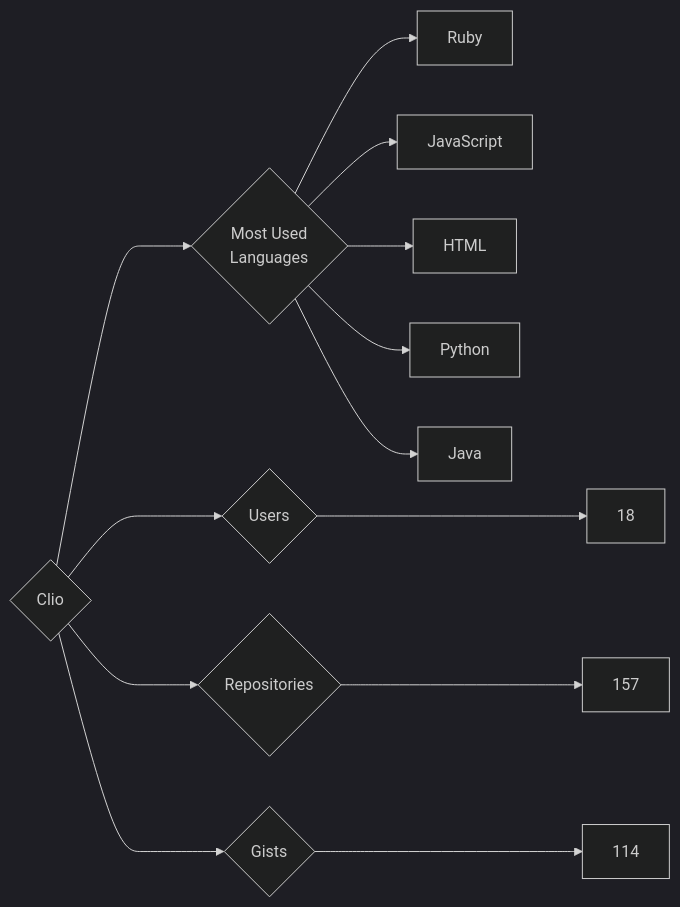
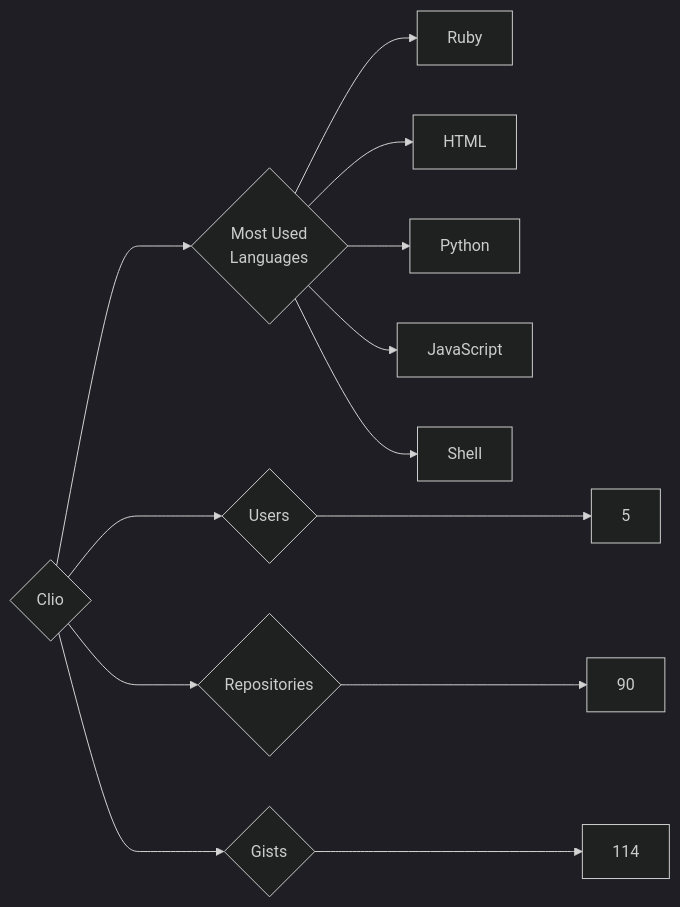
Before and after one commit to trickest/insiders: the diagram in targets/Clio/README.md, drawn with Mermaid (dark theme). The commit also changed 736 other files, not shown here.

````diff
--- a/targets/Clio/README.md
+++ b/targets/Clio/README.md
@@ -3,13 +3,13 @@
 ```mermaid
 graph LR
 COMPANY_NAME{Clio}
-COMPANY_NAME ---> U{Users} ---> UN[18]
-COMPANY_NAME ---> R{Repositories} ---> RN[157]
+COMPANY_NAME ---> U{Users} ---> UN[5]
+COMPANY_NAME ---> R{Repositories} ---> RN[90]
 COMPANY_NAME ---> G{Gists} ---> GN[114]
 COMPANY_NAME ---> ML{Most Used<br>Languages}
 ML --> Ruby[Ruby]
-ML --> JavaScript[JavaScript]
 ML --> HTML[HTML]
 ML --> Python[Python]
-ML --> Java[Java]
+ML --> JavaScript[JavaScript]
+ML --> Shell[Shell]
 ```
````
